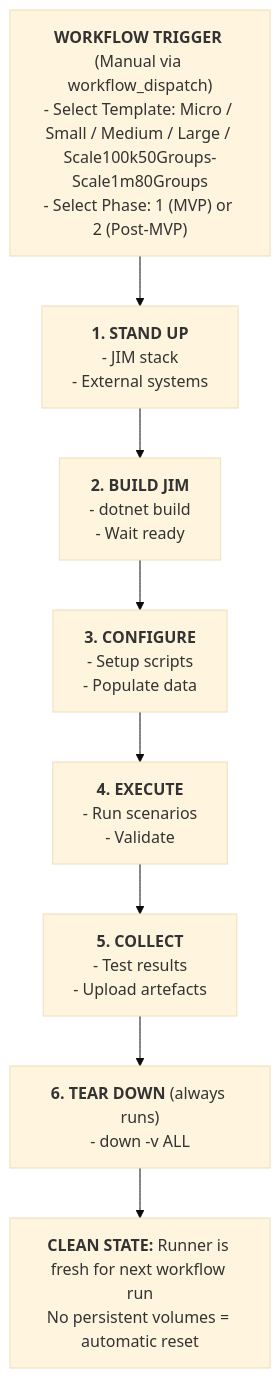
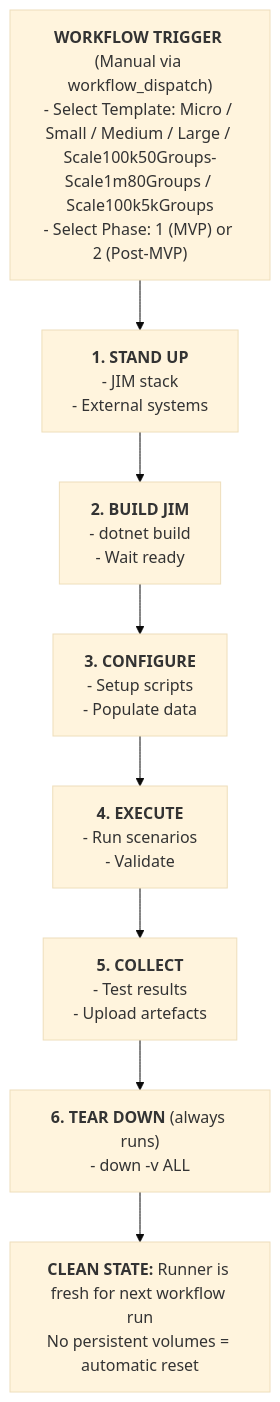
One commit to TetronIO/JIM changed the second of 4 diagrams in engineering/INTEGRATION_TESTING.md. Above: the diagram before and after it, drawn with Mermaid (base theme). The commit also changed other lines of this file, not shown here.

First line of the commit message:
docs: fix stale template counts in INTEGRATION_TESTING.md (#741)

````diff
--- a/engineering/INTEGRATION_TESTING.md
+++ b/engineering/INTEGRATION_TESTING.md
@@ -232,12 +232,12 @@
 ```mermaid
 flowchart TD
-    T["<b>WORKFLOW TRIGGER</b> (Manual via workflow_dispatch)<br/>- Select Template: Micro / Small / Medium / Large / Scale100k50Groups-Scale1m80Groups<br/>- Select Phase: 1 (MVP) or 2 (Post-MVP)"]
+    T["<b>WORKFLOW TRIGGER</b> (Manual via workflow_dispatch)<br/>- Select Template: Micro / Small / Medium / Large / Scale100k50Groups-Scale1m80Groups / Scale100k5kGroups<br/>- Select Phase: 1 (MVP) or 2 (Post-MVP)"]
     S1["<b>1. STAND UP</b><br/>- JIM stack<br/>- External systems"]
     S2["<b>2. BUILD JIM</b><br/>- dotnet build<br/>- Wait ready"]
     S3["<b>3. CONFIGURE</b><br/>- Setup scripts<br/>- Populate data"]
     S4["<b>4. EXECUTE</b><br/>- Run scenarios<br/>- Validate"]
     S5["<b>5. COLLECT</b><br/>- Test results<br/>- Upload artefacts"]
     S6["<b>6. TEAR DOWN</b> (always runs)<br/>- down -v ALL"]
     C["<b>CLEAN STATE:</b> Runner is fresh for next workflow run<br/>No persistent volumes = automatic reset"]
     T --> S1 --> S2 --> S3 --> S4 --> S5 --> S6 --> C
 ```
````
